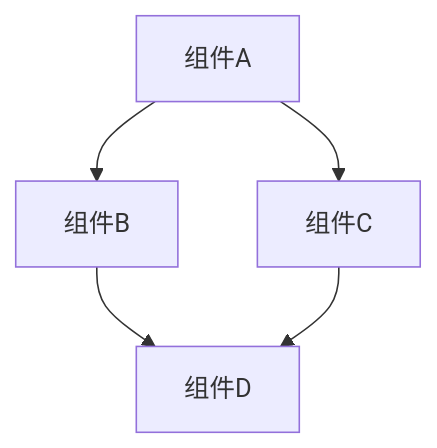
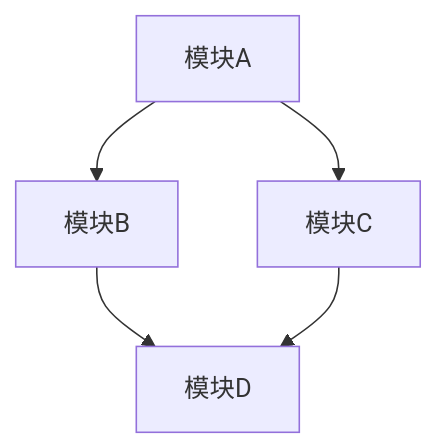
One commit to Reamd7/node-DeepResearch changed the diagram in cline_docs/templates/system_manifest_template.md. Above: the diagram before and after it, drawn with Mermaid. The commit also changed other lines of this file and 20 other files, not shown here.

````diff
--- a/cline_docs/templates/system_manifest_template.md
+++ b/cline_docs/templates/system_manifest_template.md
@@ -11,7 +11,7 @@
 ```mermaid
 flowchart TD
-    A[组件A] --> B[组件B]
-    A --> C[组件C]
-    B --> D[组件D]
+    A[模块A] --> B[模块B]
+    A --> C[模块C]
+    B --> D[模块D]
     C --> D
 ```
````
